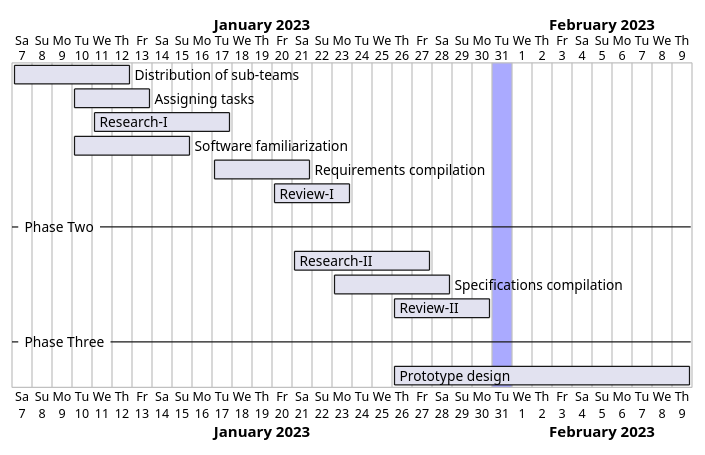
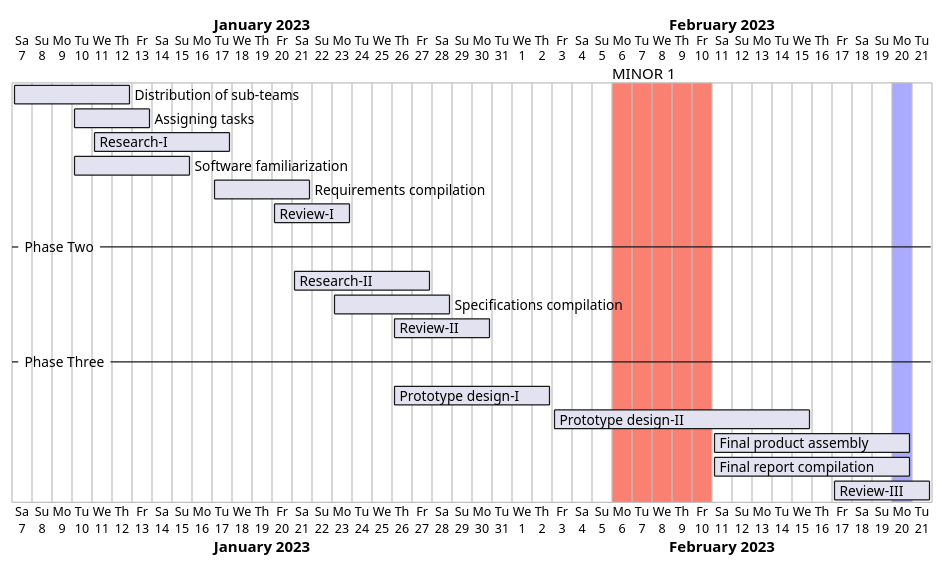
Before and after one commit to vishvesh09patel/test: the diagram in CADMUS_Report_Week_3.adoc, drawn with PlantUML. The commit also changed other lines of this file, not shown here.

```diff
--- a/CADMUS_Report_Week_3.adoc
+++ b/CADMUS_Report_Week_3.adoc
@@ -544,30 +544,40 @@
 [plantuml,svg]
 ----
-@startgantt
-[Distribution of sub-teams] lasts 6 days
-[Assigning tasks] lasts 4 days
-[Research-I] lasts 7 days
-[Software familiarization] lasts 6 days
-[Requirements compilation] lasts 5 days
+@startgantt 
+[Distribution of sub-teams] lasts 6 days 
+[Assigning tasks] lasts 4 days 
+[Research-I] lasts 7 days 
+[Software familiarization] lasts 6 days 
+[Requirements compilation] lasts 5 days 
 [Review-I] lasts 4 days
--- Phase Two --
-[Research-II] lasts 7 days
-[Specifications compilation] lasts 6 days
-[Review-II] lasts 5 days
--- Phase Three --
-[Prototype design] lasts 15 days
+-- Phase Two -- 
+[Research-II] lasts 7 days 
+[Specifications compilation] lasts 6 days 
+[Review-II] lasts 5 days 
+-- Phase Three -- 
+[Prototype design-I] lasts 8 days 
+[Prototype design-II] lasts 13 days 
+[Final product assembly] lasts 10 days
+[Final report compilation] lasts 10 days 
+[Review-III] lasts 5 days 
 
-Project starts 2023-01-07
+Project starts 2023-01-07 
 [Distribution of sub-teams] starts 2023-01-07
-[Assigning tasks] starts 2023-01-10
+[Assigning tasks] starts 2023-01-10 
 [Research-I] starts 2023-01-11
-[Software familiarization] starts 2023-01-10
-[Requirements compilation] starts 2023-01-17
-[Review-I] starts 2023-01-20
-[Research-II] starts 2023-01-21
-[Specifications compilation] starts 2023-01-23
-[Review-II] starts 2023-01-26
-[Prototype design] starts 2023-01-26
-today is 24 days after start and is colored in #AAF
+[Software familiarization] starts 2023-01-10 
+[Requirements compilation] starts 2023-01-17 
+[Review-I] starts 2023-01-20 
+[Research-II] starts 2023-01-21 
+[Specifications compilation] starts 2023-01-23 
+[Review-II] starts 2023-01-26 
+[Prototype design-I] starts 2023-01-26 
+[Prototype design-II] starts 2023-02-03
+[Final product assembly] starts 2023-02-11
+[Final report compilation] starts 2023-02-11
+[Review-III] starts 2023-02-17 
+today is 44 days after start and is colored in #AAF 
+2023-02-06 to 2023-02-10 are named [MINOR 1]
+2023-02-06 to 2023-02-10 are colored in salmon 
 @endgantt
 ----
```
